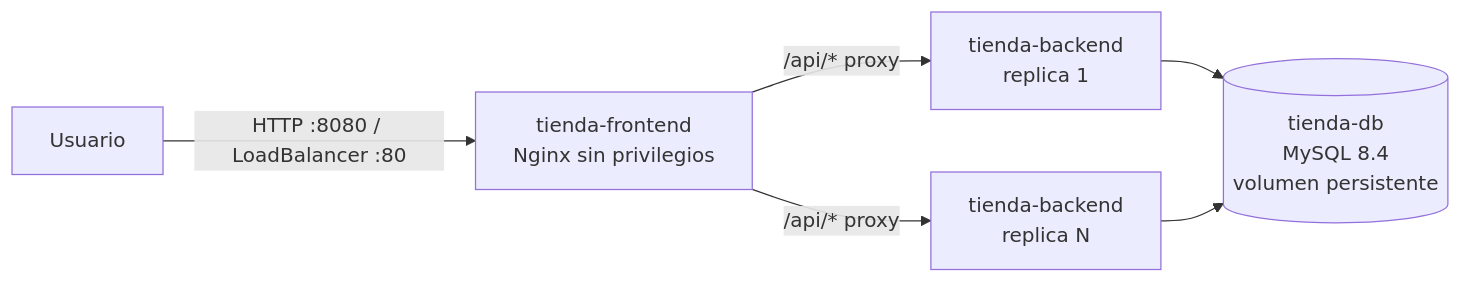
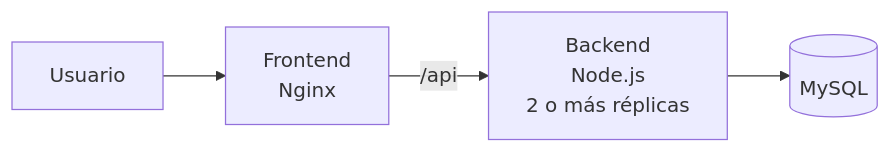
Before and after one commit to lBlackDevDUOC/microservicio-devops: the first of 2 diagrams in README.md, drawn with Mermaid. The commit also changed other lines of this file, not shown here.

````diff
--- a/README.md
+++ b/README.md
@@ -27,8 +20,6 @@
 ```mermaid
 flowchart LR
-    U[Usuario] -->|HTTP :8080 / LoadBalancer :80| F[tienda-frontend<br/>Nginx sin privilegios]
-    F -->|/api/* proxy| B1[tienda-backend<br/>replica 1]
-    F -->|/api/* proxy| B2[tienda-backend<br/>replica N]
-    B1 --> D[(tienda-db<br/>MySQL 8.4<br/>volumen persistente)]
-    B2 --> D
+    U[Usuario] --> F[Frontend<br/>Nginx]
+    F -->|/api| B[Backend<br/>Node.js<br/>2 o más réplicas]
+    B --> D[(MySQL)]
 ```
````
